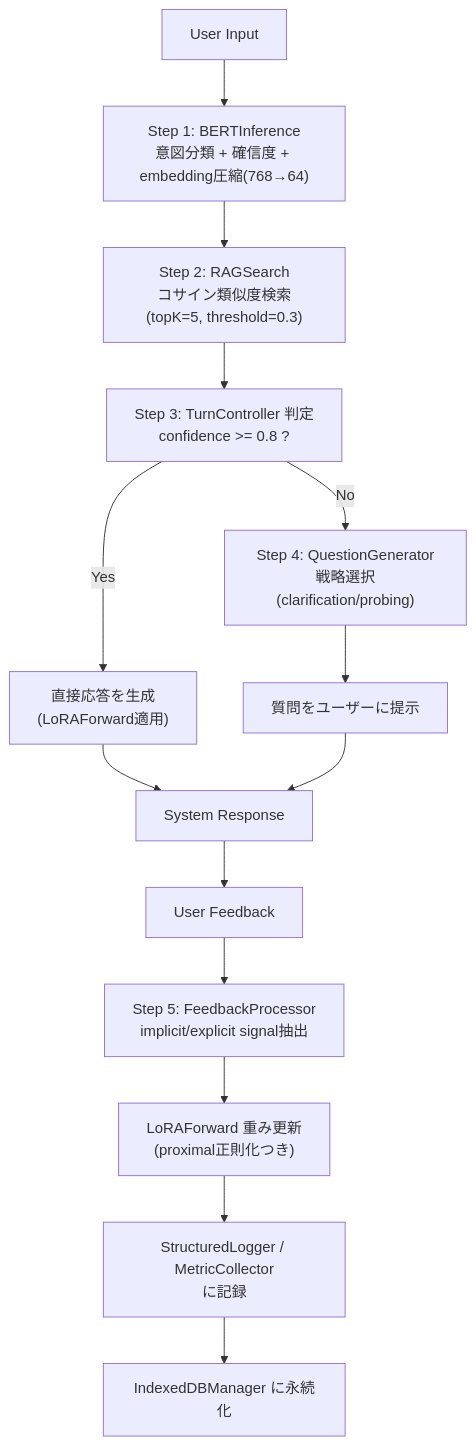
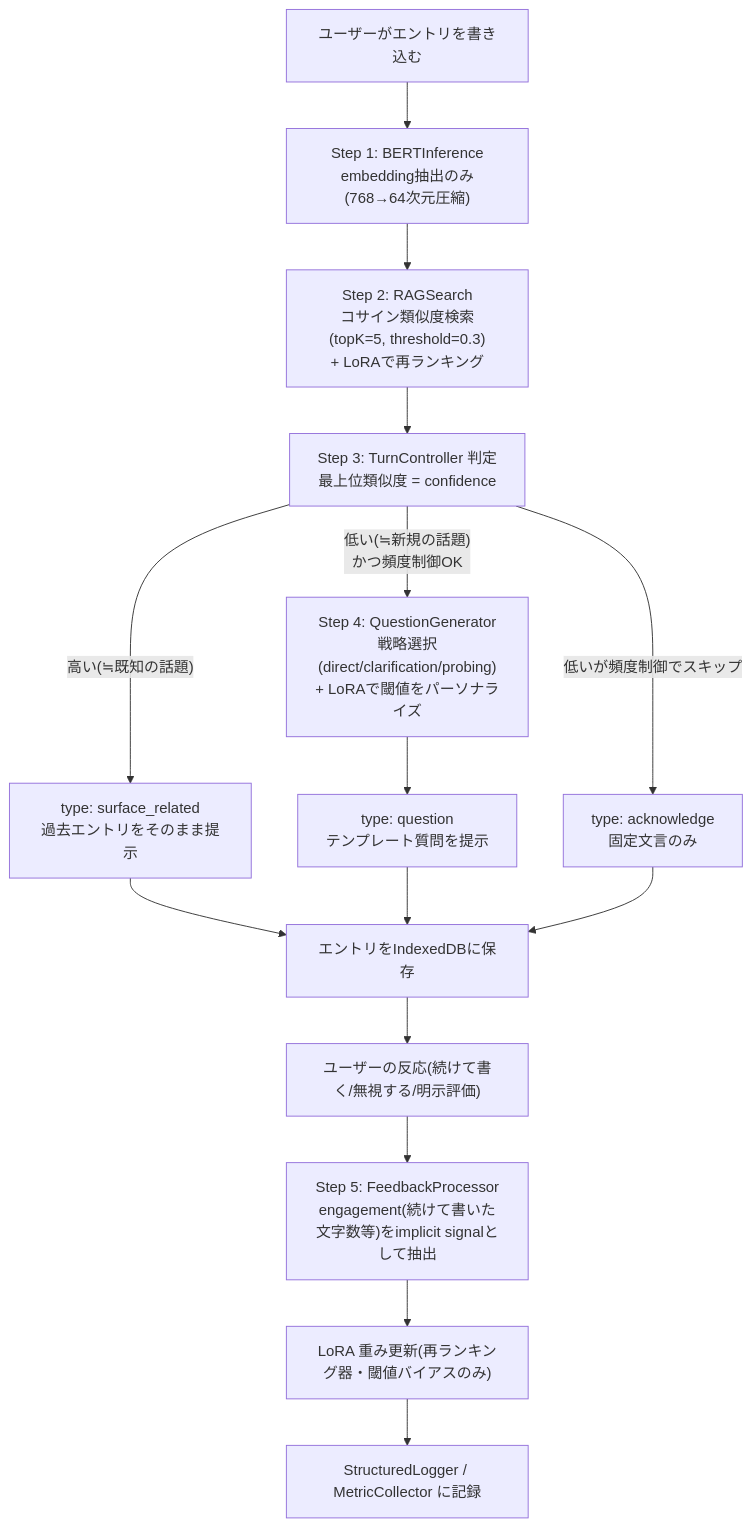
One commit to seisei001/test001 changed the diagram in docs/apps/smart-box/DESIGN.md. Above: the diagram before and after it, drawn with Mermaid. The commit also changed other lines of this file, not shown here.

Commit message:
コンセプトを「パーソナル対話日記」として確定し、応答生成・confidence・LoRAの役割の未定義部分を解消

````diff
--- a/docs/apps/smart-box/DESIGN.md
+++ b/docs/apps/smart-box/DESIGN.md
@@ -60,16 +99,17 @@
 ```mermaid
 flowchart TD
-    A[User Input] --> B["Step 1: BERTInference<br/>意図分類 + 確信度 + embedding圧縮(768→64)"]
-    B --> C["Step 2: RAGSearch<br/>コサイン類似度検索(topK=5, threshold=0.3)"]
-    C --> D["Step 3: TurnController 判定<br/>confidence >= 0.8 ?"]
-    D -- Yes --> E["直接応答を生成<br/>(LoRAForward適用)"]
-    D -- No --> F["Step 4: QuestionGenerator<br/>戦略選択(clarification/probing)"]
-    F --> G[質問をユーザーに提示]
-    E --> H[System Response]
-    G --> H
-    H --> I[User Feedback]
-    I --> J["Step 5: FeedbackProcessor<br/>implicit/explicit signal抽出"]
-    J --> K["LoRAForward 重み更新<br/>(proximal正則化つき)"]
-    K --> L["StructuredLogger / MetricCollector<br/>に記録"]
-    L --> M[IndexedDBManager に永続化]
+    A[ユーザーがエントリを書き込む] --> B["Step 1: BERTInference<br/>embedding抽出のみ(768→64次元圧縮)"]
+    B --> C["Step 2: RAGSearch<br/>コサイン類似度検索(topK=5, threshold=0.3)<br/>+ LoRAで再ランキング"]
+    C --> D["Step 3: TurnController 判定<br/>最上位類似度 = confidence"]
+    D -- "高い(≒既知の話題)" --> E["type: surface_related<br/>過去エントリをそのまま提示"]
+    D -- "低い(≒新規の話題)<br/>かつ頻度制御OK" --> F["Step 4: QuestionGenerator<br/>戦略選択(direct/clarification/probing)<br/>+ LoRAで閾値をパーソナライズ"]
+    D -- "低いが頻度制御でスキップ" --> G["type: acknowledge<br/>固定文言のみ"]
+    F --> H["type: question<br/>テンプレート質問を提示"]
+    E --> I[エントリをIndexedDBに保存]
+    H --> I
+    G --> I
+    I --> J["ユーザーの反応(続けて書く/無視する/明示評価)"]
+    J --> K["Step 5: FeedbackProcessor<br/>engagement(続けて書いた文字数等)をimplicit signalとして抽出"]
+    K --> L["LoRA 重み更新(再ランキング器・閾値バイアスのみ)"]
+    L --> M["StructuredLogger / MetricCollector に記録"]
 ```
````
